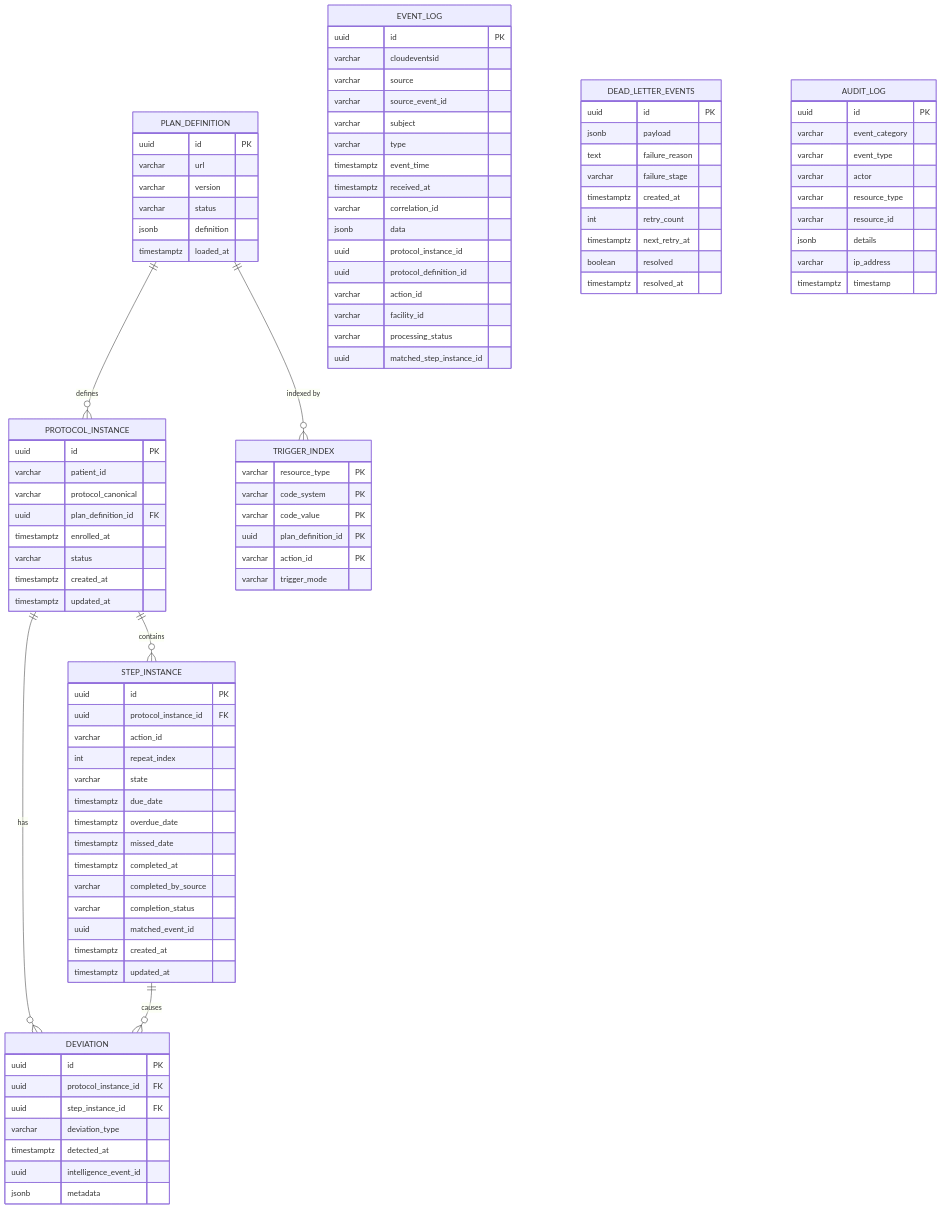
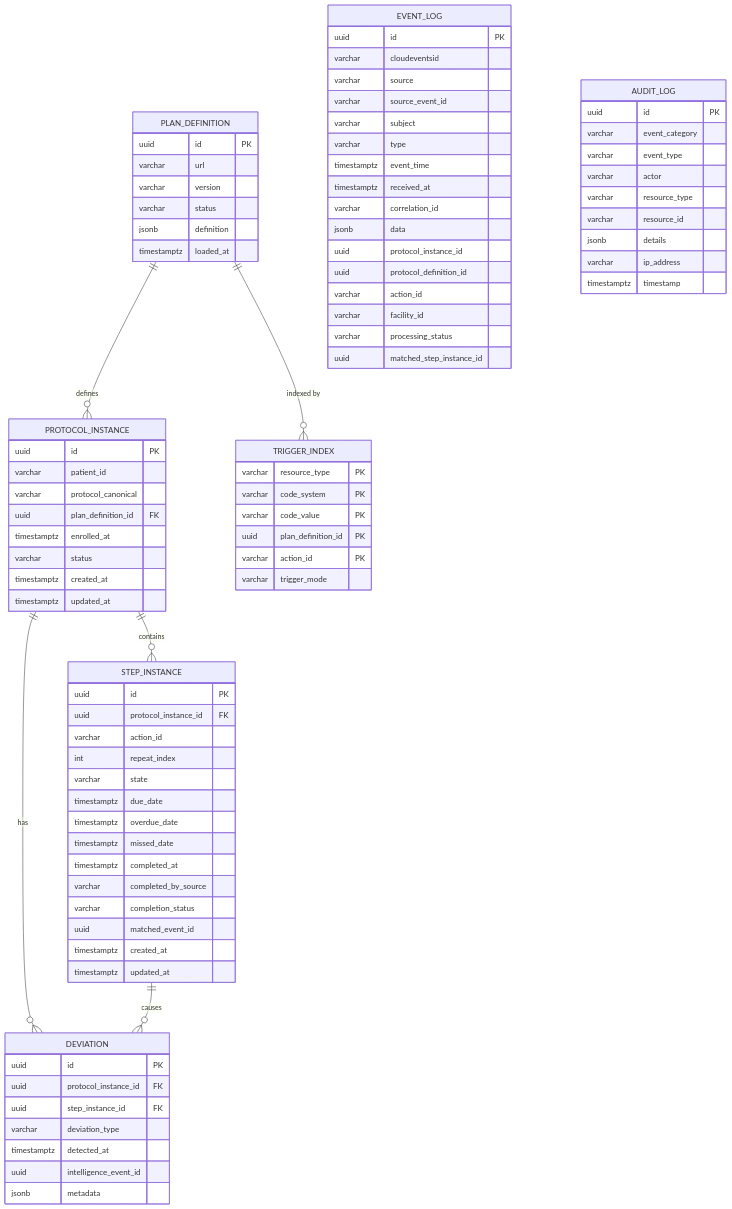
The diagram in docs/data-model.md (ishashankakkasali/cce-compliance-service), drawn with Mermaid before and after one commit. The commit also changed other lines of this file and 27 other files, not shown here.

Commit message:
"Removal of dead-letter implementation"

```diff
--- a/docs/data-model.md
+++ b/docs/data-model.md
@@ -85,18 +85,6 @@
         uuid matched_step_instance_id
     }
 
-    DEAD_LETTER_EVENTS {
-        uuid id PK
-        jsonb payload
-        text failure_reason
-        varchar failure_stage
-        timestamptz created_at
-        int retry_count
-        timestamptz next_retry_at
-        boolean resolved
-        timestamptz resolved_at
-    }
-
     AUDIT_LOG {
         uuid id PK
         varchar event_category
```
